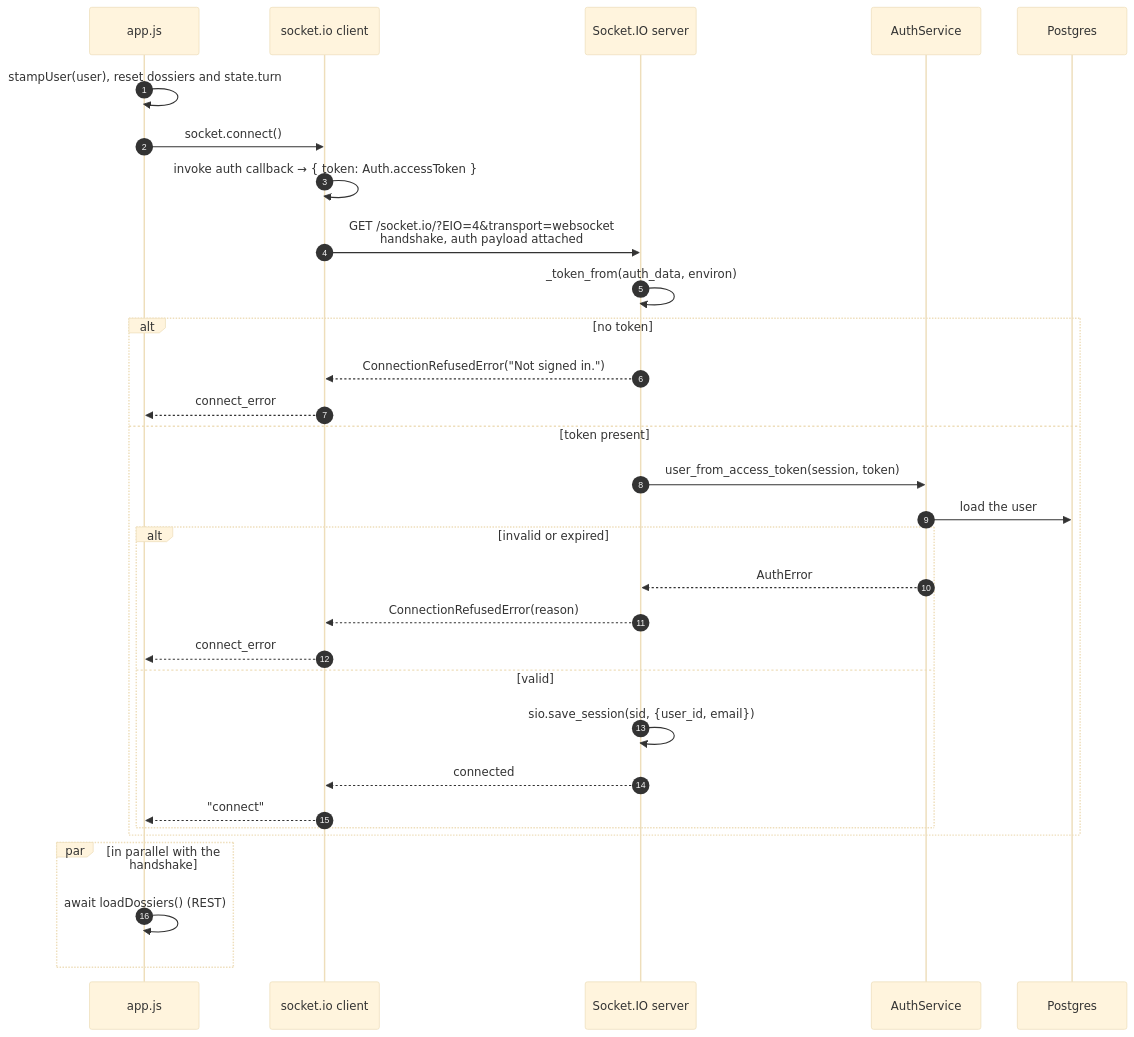
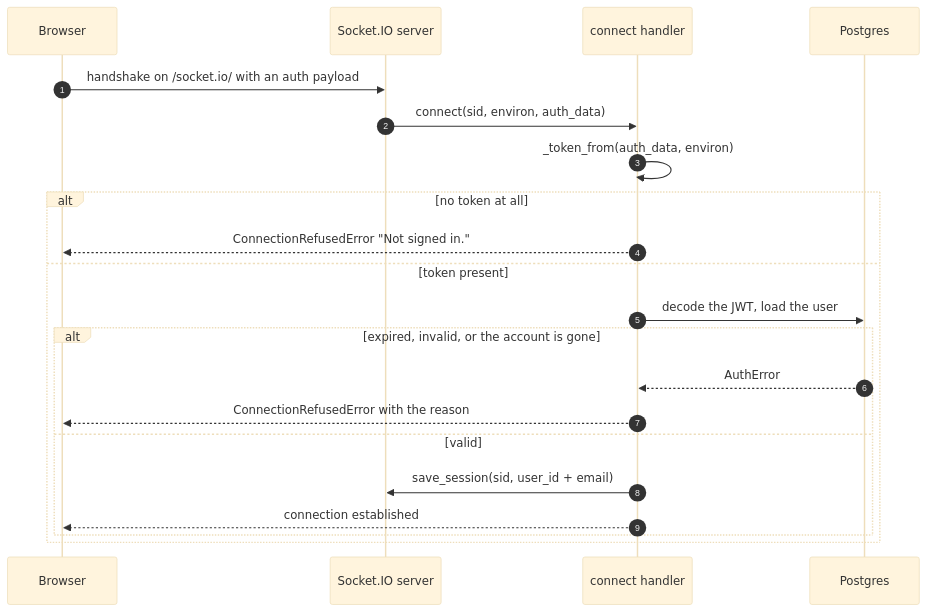
Before and after one commit to selvakumarperumal/Corporate_Filing_Analyzer_Agent: the fifth of 20 diagrams in docs/FRONTEND-SOCKETIO.md, drawn with Mermaid (base theme). The commit also changed other lines of this file and 3 other files, not shown here.

````diff
--- a/docs/FRONTEND-SOCKETIO.md
+++ b/docs/FRONTEND-SOCKETIO.md
@@ -326,35 +369,25 @@
 ```mermaid
 sequenceDiagram
   autonumber
-  participant App as app.js
-  participant S as socket.io client
+  participant B as Browser
   participant SIO as Socket.IO server
-  participant Auth as AuthService
+  participant H as connect handler
   participant DB as Postgres
 
-  App->>App: stampUser(user), reset dossiers and state.turn
-  App->>S: socket.connect()
-  S->>S: invoke auth callback → { token: Auth.accessToken }
-  S->>SIO: GET /socket.io/?EIO=4&transport=websocket<br/>handshake, auth payload attached
-  SIO->>SIO: _token_from(auth_data, environ)
-  alt no token
-    SIO-->>S: ConnectionRefusedError("Not signed in.")
-    S-->>App: connect_error
+  B->>SIO: handshake on /socket.io/ with an auth payload
+  SIO->>H: connect(sid, environ, auth_data)
+  H->>H: _token_from(auth_data, environ)
+
+  alt no token at all
+    H-->>B: ConnectionRefusedError "Not signed in."
   else token present
-    SIO->>Auth: user_from_access_token(session, token)
-    Auth->>DB: load the user
-    alt invalid or expired
-      Auth-->>SIO: AuthError
-      SIO-->>S: ConnectionRefusedError(reason)
-      S-->>App: connect_error
+    H->>DB: decode the JWT, load the user
+    alt expired, invalid, or the account is gone
+      DB-->>H: AuthError
+      H-->>B: ConnectionRefusedError with the reason
     else valid
-      SIO->>SIO: sio.save_session(sid, {user_id, email})
-      SIO-->>S: connected
-      S-->>App: "connect"
+      H->>SIO: save_session(sid, user_id + email)
+      H-->>B: connection established
     end
   end
-
-  par in parallel with the handshake
-    App->>App: await loadDossiers()  (REST)
-  end
 ```
````
